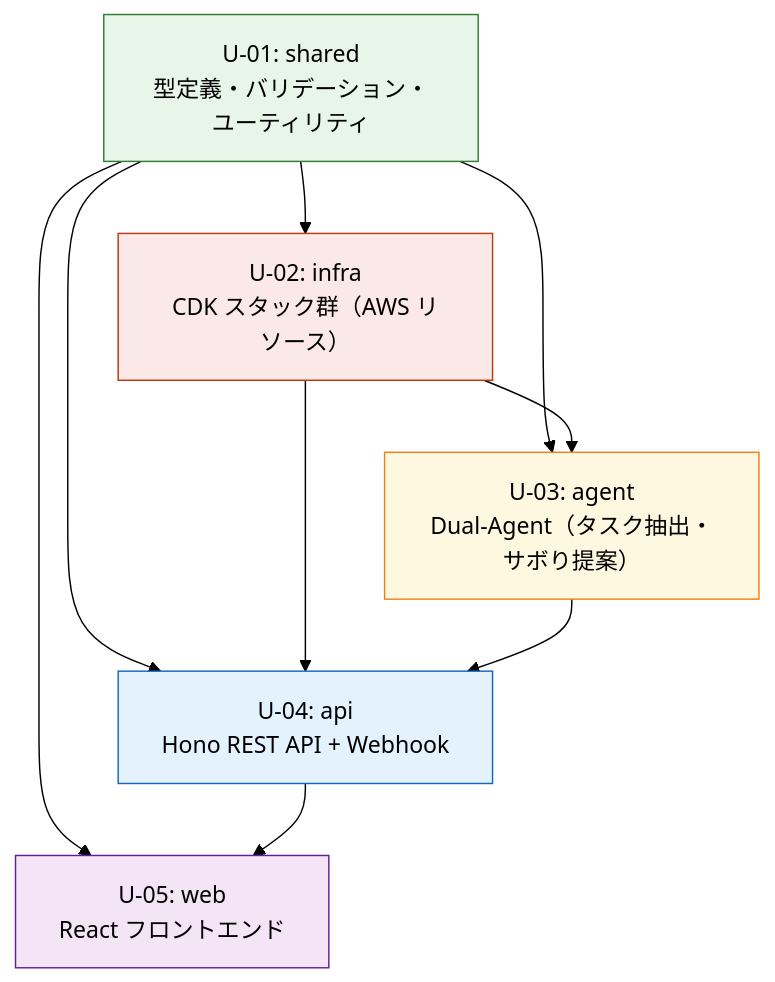
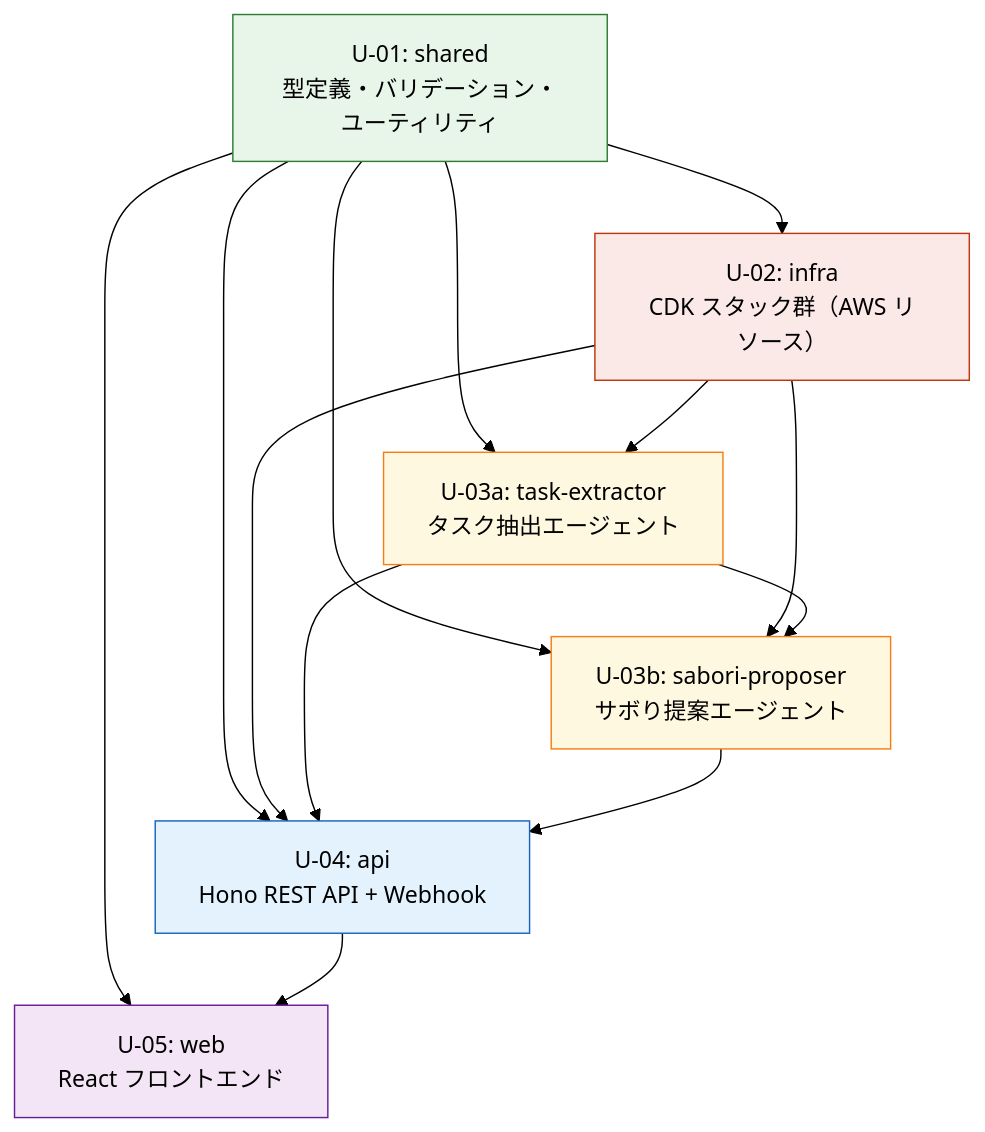
Before and after one commit to mashharuki/AWS-SummitHackathon-2026: the diagram in aidlc-docs/inception/units/unit-of-work.md, drawn with Mermaid (forest theme). The commit also changed other lines of this file and 4 other files, not shown here.

````diff
--- a/aidlc-docs/inception/units/unit-of-work.md
+++ b/aidlc-docs/inception/units/unit-of-work.md
@@ -38,23 +39,29 @@
 ```mermaid
 graph TD
     U01["U-01: shared<br/>型定義・バリデーション・ユーティリティ"]
     U02["U-02: infra<br/>CDK スタック群（AWS リソース）"]
-    U03["U-03: agent<br/>Dual-Agent（タスク抽出・サボり提案）"]
+    U03A["U-03a: task-extractor<br/>タスク抽出エージェント"]
+    U03B["U-03b: sabori-proposer<br/>サボり提案エージェント"]
     U04["U-04: api<br/>Hono REST API + Webhook"]
     U05["U-05: web<br/>React フロントエンド"]
 
     U01 --> U02
-    U01 --> U03
+    U01 --> U03A
+    U01 --> U03B
     U01 --> U04
     U01 --> U05
-    U02 --> U03
+    U02 --> U03A
+    U02 --> U03B
     U02 --> U04
-    U03 --> U04
+    U03A --> U03B
+    U03A --> U04
+    U03B --> U04
     U04 --> U05
 
     style U01 fill:#E8F5E9,stroke:#2E7D32
     style U02 fill:#FBE9E7,stroke:#BF360C
-    style U03 fill:#FFF8E1,stroke:#F57F17
+    style U03A fill:#FFF8E1,stroke:#F57F17
+    style U03B fill:#FFF8E1,stroke:#F57F17
     style U04 fill:#E3F2FD,stroke:#1565C0
     style U05 fill:#F3E5F5,stroke:#6A1B9A
 ```
````
